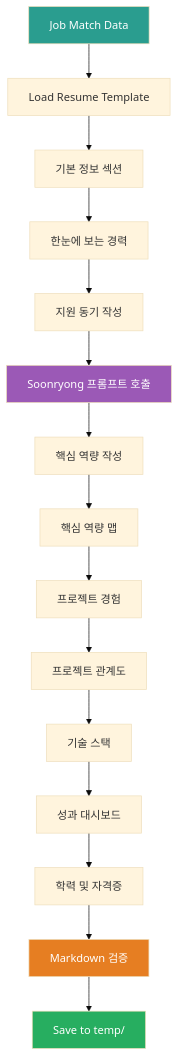
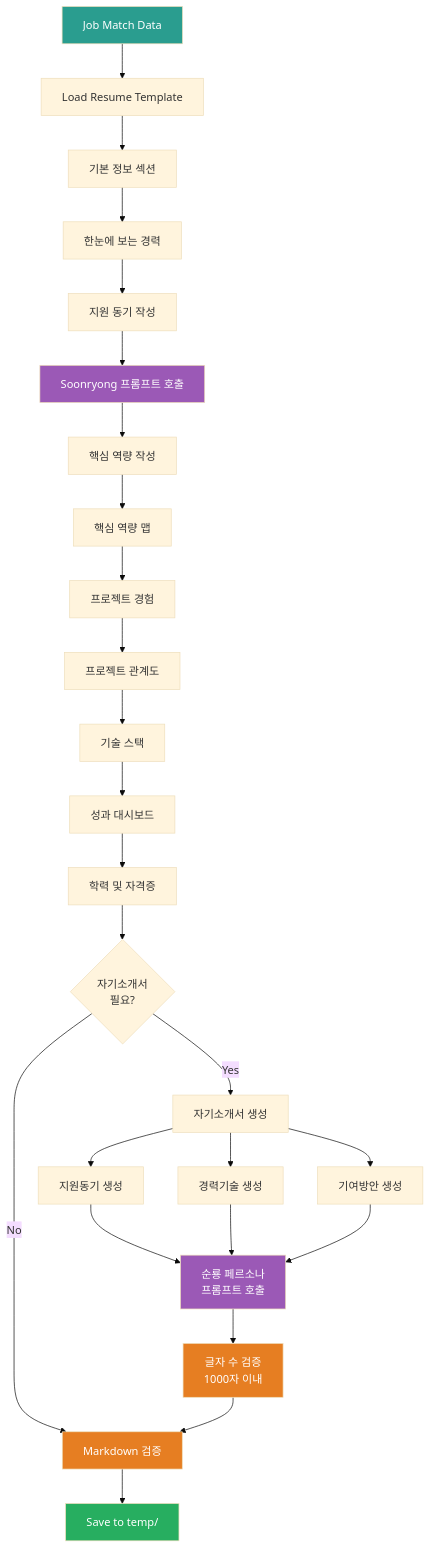
One commit to moobaek/Testing_AI_agents_for_public_use changed the first of 7 diagrams in portfolio/portfolio_docs/resume_generator/prompts/3_Generate_Resume.md. Above: the diagram before and after it, drawn with Mermaid (base theme). The commit also changed other lines of this file and 24 other files, not shown here.

````diff
--- a/portfolio/portfolio_docs/resume_generator/prompts/3_Generate_Resume.md
+++ b/portfolio/portfolio_docs/resume_generator/prompts/3_Generate_Resume.md
@@ -13,26 +13,42 @@
 ```mermaid
 graph TD
     START[Job Match Data] --> TEMPLATE[Load Resume Template]
     TEMPLATE --> BASIC[기본 정보 섹션]
     BASIC --> TIMELINE[한눈에 보는 경력]
     TIMELINE --> MOTIVATION[지원 동기 작성]
 
     MOTIVATION --> SOONRYONG[Soonryong 프롬프트 호출]
     SOONRYONG --> COMPETENCY[핵심 역량 작성]
 
     COMPETENCY --> MINDMAP[핵심 역량 맵]
     MINDMAP --> PROJECTS[프로젝트 경험]
     PROJECTS --> RELATION[프로젝트 관계도]
 
     RELATION --> TECH[기술 스택]
     TECH --> DASHBOARD[성과 대시보드]
     DASHBOARD --> EDUCATION[학력 및 자격증]
 
-    EDUCATION --> VALIDATE[Markdown 검증]
+    EDUCATION --> CHECK{자기소개서<br/>필요?}
+    CHECK -->|Yes| COVER[자기소개서 생성]
+    CHECK -->|No| VALIDATE[Markdown 검증]
+    
+    COVER --> COVER1[지원동기 생성]
+    COVER --> COVER2[경력기술 생성]
+    COVER --> COVER3[기여방안 생성]
+    
+    COVER1 --> SOONRYONG2[순룡 페르소나<br/>프롬프트 호출]
+    COVER2 --> SOONRYONG2
+    COVER3 --> SOONRYONG2
+    
+    SOONRYONG2 --> LENGTH[글자 수 검증<br/>1000자 이내]
+    LENGTH --> VALIDATE
+
     VALIDATE --> END[Save to temp/]
 
     style START fill:#2a9d8f,color:#fff
     style SOONRYONG fill:#9b59b6,color:#fff
+    style SOONRYONG2 fill:#9b59b6,color:#fff
+    style LENGTH fill:#e67e22,color:#fff
     style VALIDATE fill:#e67e22,color:#fff
     style END fill:#27ae60,color:#fff
 ```
````
